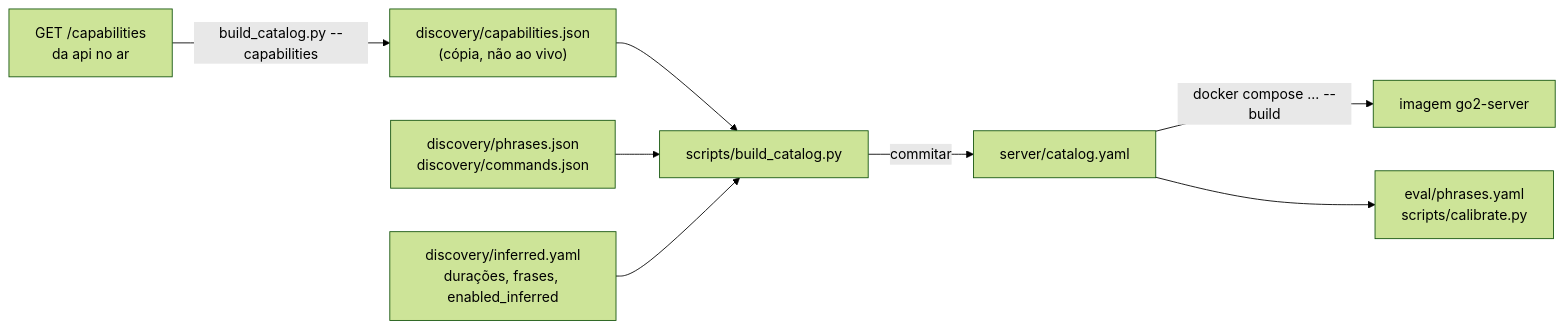
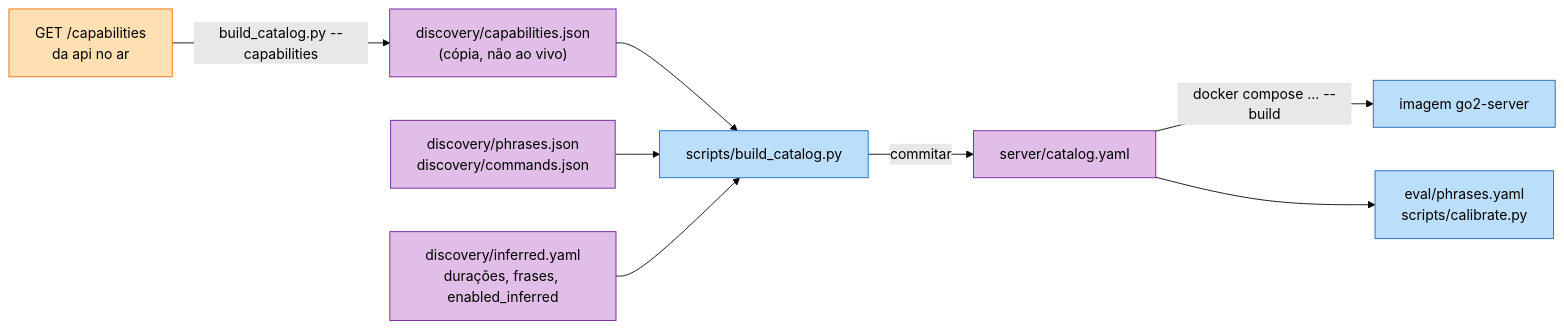
One commit to carlosvts/go2 changed the fifth of 6 diagrams in docs/arquitetura.md. Above: the diagram before and after it, drawn with Mermaid (forest theme). The commit also changed other lines of this file, not shown here.

First line of the commit message:
docs: cores por serviço nos diagramas de arquitetura

````diff
--- a/docs/arquitetura.md
+++ b/docs/arquitetura.md
@@ -125,10 +163,17 @@
 ```mermaid
 flowchart LR
     CAP["GET /capabilities<br/>da api no ar"] -->|"build_catalog.py --capabilities"| CJ["discovery/capabilities.json<br/>(cópia, não ao vivo)"]
     CJ --> B["scripts/build_catalog.py"]
     PJ["discovery/phrases.json<br/>discovery/commands.json"] --> B
     INF["discovery/inferred.yaml<br/>durações, frases, enabled_inferred"] --> B
     B -->|"commitar"| CAT["server/catalog.yaml"]
     CAT -->|"docker compose ... --build"| IMG["imagem go2-server"]
     CAT --> EVAL["eval/phrases.yaml<br/>scripts/calibrate.py"]
+
+    classDef api fill:#ffe0b2,stroke:#ef6c00,color:#000
+    classDef server fill:#bbdefb,stroke:#1565c0,color:#000
+    classDef data fill:#e1bee7,stroke:#6a1b9a,color:#000
+    class CAP api
+    class B,IMG,EVAL server
+    class CJ,PJ,INF,CAT data
 ```
````
